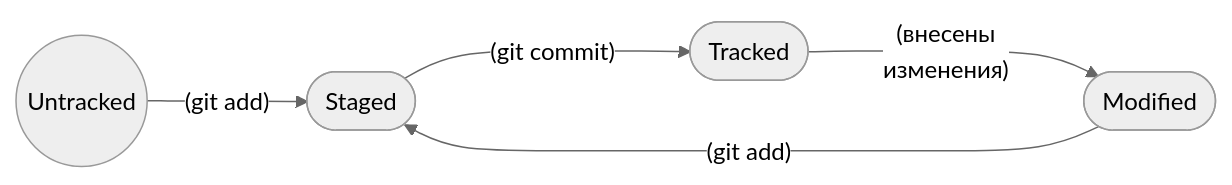
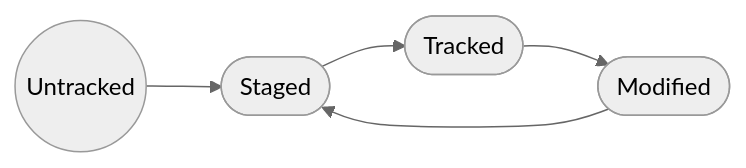
One commit to jjuiiva/homework1 changed the diagram in README.md. Above: the diagram before and after it, drawn with Mermaid (neutral theme).

Commit message:
Попытка 5 исправить неработающую схему

````diff
--- a/README.md
+++ b/README.md
@@ -84,14 +84,13 @@
 ```mermaid
 flowchart LR
 
     A((Untracked))
     B([Staged])
     C([Modified])
     D([Tracked])
 
-    A -- (git add) --> B
-    B -- (git commit) --> D
-    D -- (внесены
-    изменения) ---> C
-    C -- (git add) -----> B
+    A --> B
+    B --> D
+    D --> C
+    C --> B
 ```
````
